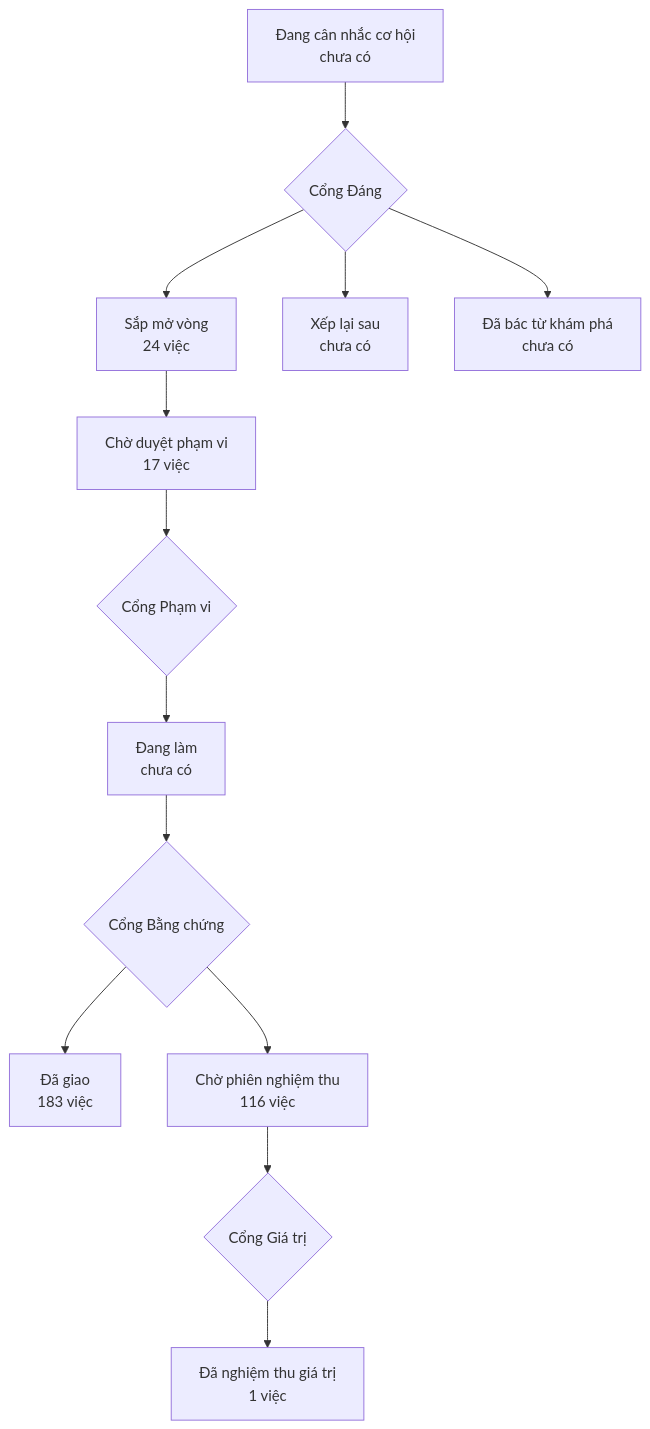
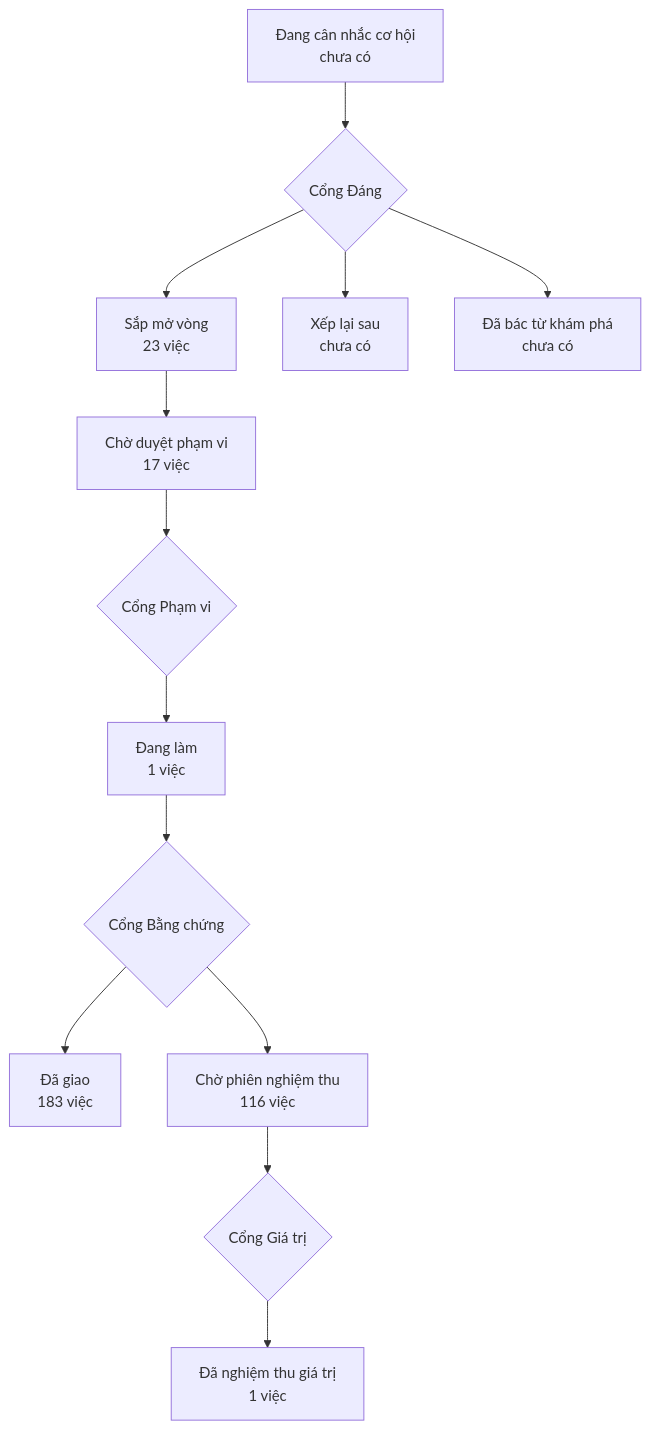
The diagram in PRODUCT-MAP.md (phanlemanh/onehub-invest), drawn with Mermaid before and after one commit. The commit also changed other lines of this file and 3 other files, not shown here.

````diff
--- a/PRODUCT-MAP.md
+++ b/PRODUCT-MAP.md
@@ -7,12 +7,12 @@
 ```mermaid
 flowchart TD
   A["Đang cân nhắc cơ hội<br/>chưa có"] --> GD{"Cổng Đáng"}
-  GD --> B["Sắp mở vòng<br/>24 việc"]
+  GD --> B["Sắp mở vòng<br/>23 việc"]
   GD --> XL["Xếp lại sau<br/>chưa có"]
   GD --> DB["Đã bác từ khám phá<br/>chưa có"]
   B --> CD["Chờ duyệt phạm vi<br/>17 việc"] --> GP{"Cổng Phạm vi"}
-  GP --> DL["Đang làm<br/>chưa có"] --> GB{"Cổng Bằng chứng"}
+  GP --> DL["Đang làm<br/>1 việc"] --> GB{"Cổng Bằng chứng"}
   GB --> DG["Đã giao<br/>183 việc"]
   GB --> CN["Chờ phiên nghiệm thu<br/>116 việc"] --> GG{"Cổng Giá trị"}
   GG --> NT["Đã nghiệm thu giá trị<br/>1 việc"]
 ```
````
